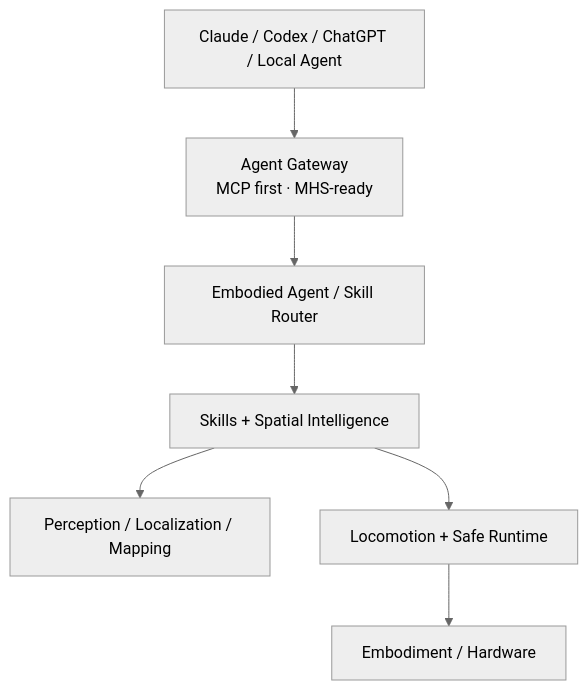
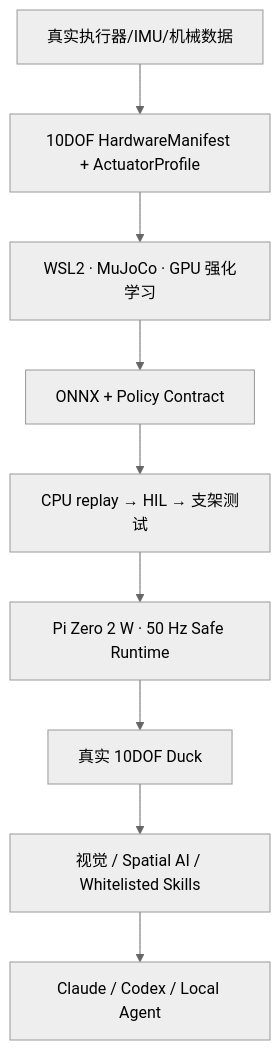
One commit to carpentry-liu/mini-duck-lite changed the diagram in README.md. Above: the diagram before and after it, drawn with Mermaid (neutral theme). The commit also changed other lines of this file and 33 other files, not shown here.

Commit message:
feat(hardware)：升级 V0.4 Hardware-First 工具链

````diff
--- a/README.md
+++ b/README.md
@@ -56,9 +15,11 @@
 ```mermaid
 flowchart TB
-  A[Claude / Codex / ChatGPT / Local Agent] --> G[Agent Gateway\nMCP first · MHS-ready]
-  G --> R[Embodied Agent / Skill Router]
-  R --> S[Skills + Spatial Intelligence]
-  S --> P[Perception / Localization / Mapping]
-  S --> L[Locomotion + Safe Runtime]
-  L --> H[Embodiment / Hardware]
+  A[真实执行器/IMU/机械数据] --> B[10DOF HardwareManifest + ActuatorProfile]
+  B --> C[WSL2 · MuJoCo · GPU 强化学习]
+  C --> D[ONNX + Policy Contract]
+  D --> E[CPU replay → HIL → 支架测试]
+  E --> F[Pi Zero 2 W · 50 Hz Safe Runtime]
+  F --> G[真实 10DOF Duck]
+  G --> H[视觉 / Spatial AI / Whitelisted Skills]
+  H --> I[Claude / Codex / Local Agent]
 ```
````
